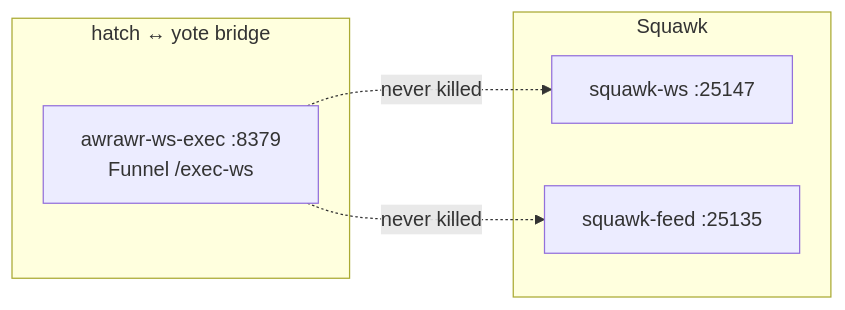
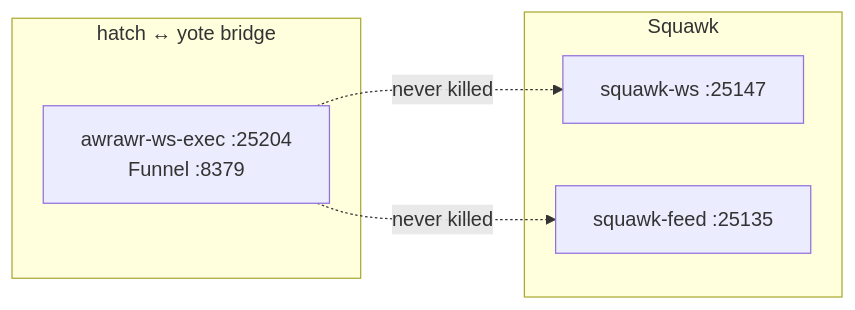
One commit to toxicwind/sovereign-projects changed the third of 3 diagrams in README.md. Above: the diagram before and after it, drawn with Mermaid. The commit also changed other lines of this file and 1 other file, not shown here.

````diff
--- a/README.md
+++ b/README.md
@@ -101,12 +101,12 @@
 ```mermaid
 flowchart LR
     subgraph bridge2["hatch ↔ yote bridge"]
-        WS[awrawr-ws-exec :8379<br/>Funnel /exec-ws]
+        WS[awrawr-ws-exec :25204<br/>Funnel :8379]
     end
     subgraph chat["Squawk"]
         SW[squawk-ws :25147]
         SF[squawk-feed :25135]
     end
     WS -.->|never killed| SW
     WS -.->|never killed| SF
 ```
````
